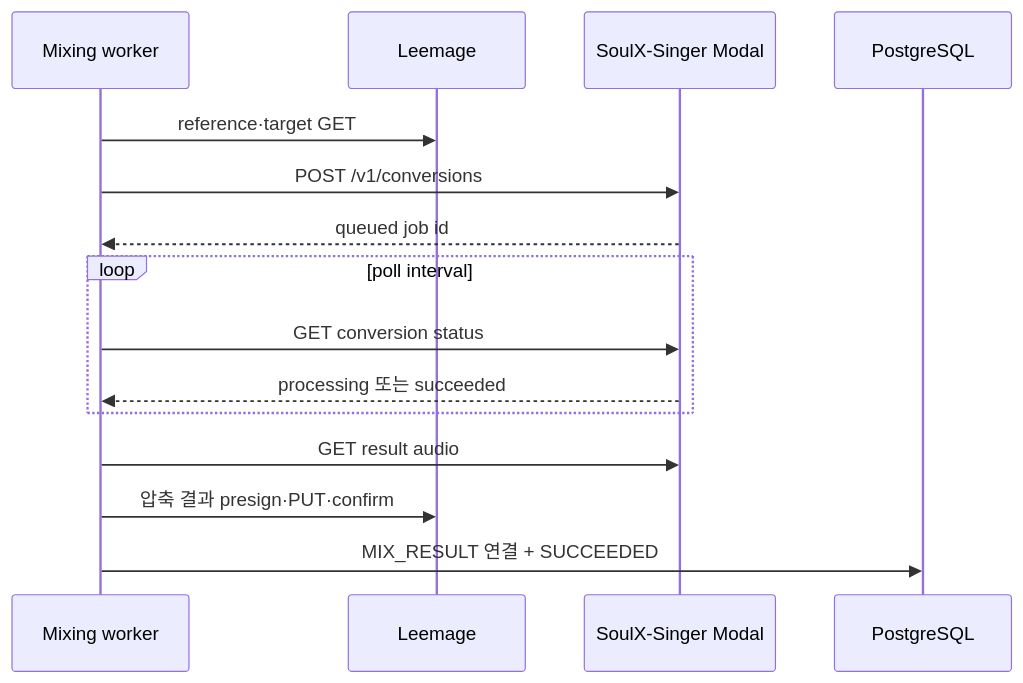
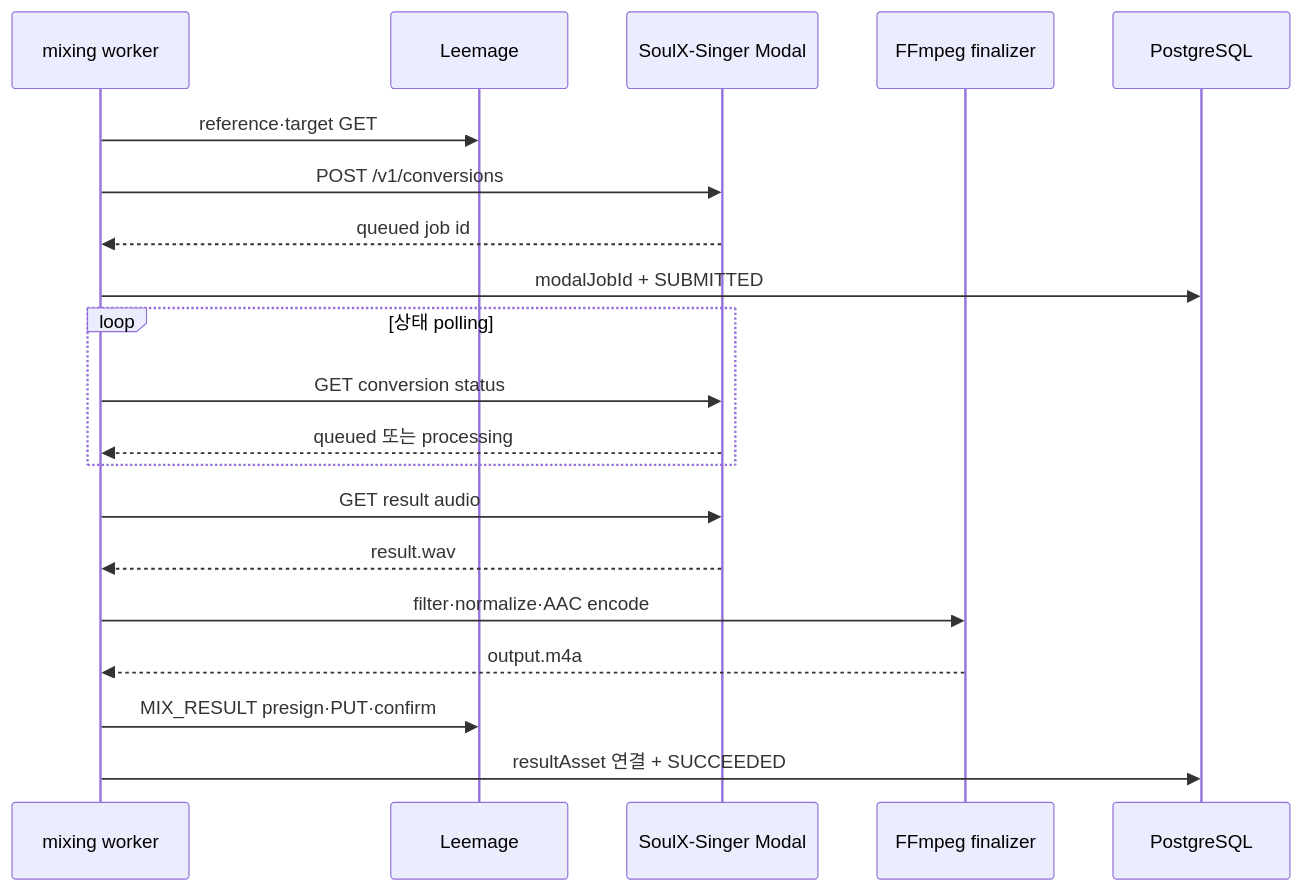
One commit to leey00nsu/copy-singer changed the fourth of 4 diagrams in openwiki/integrations/external-services.md. Above: the diagram before and after it, drawn with Mermaid. The commit also changed other lines of this file and 40 other files, not shown here.

````diff
--- a/openwiki/integrations/external-services.md
+++ b/openwiki/integrations/external-services.md
@@ -169,17 +198,22 @@
 ```mermaid
 sequenceDiagram
-    participant Worker as Mixing worker
+    participant Worker as mixing worker
     participant Store as Leemage
     participant SoulX as SoulX-Singer Modal
+    participant FFmpeg as FFmpeg finalizer
     participant DB as PostgreSQL
     Worker->>Store: reference·target GET
     Worker->>SoulX: POST /v1/conversions
     SoulX-->>Worker: queued job id
-    loop poll interval
+    Worker->>DB: modalJobId + SUBMITTED
+    loop 상태 polling
         Worker->>SoulX: GET conversion status
-        SoulX-->>Worker: processing 또는 succeeded
+        SoulX-->>Worker: queued 또는 processing
     end
     Worker->>SoulX: GET result audio
-    Worker->>Store: 압축 결과 presign·PUT·confirm
-    Worker->>DB: MIX_RESULT 연결 + SUCCEEDED
+    SoulX-->>Worker: result.wav
+    Worker->>FFmpeg: filter·normalize·AAC encode
+    FFmpeg-->>Worker: output.m4a
+    Worker->>Store: MIX_RESULT presign·PUT·confirm
+    Worker->>DB: resultAsset 연결 + SUCCEEDED
 ```
````
